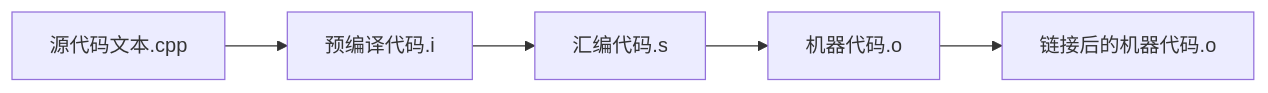
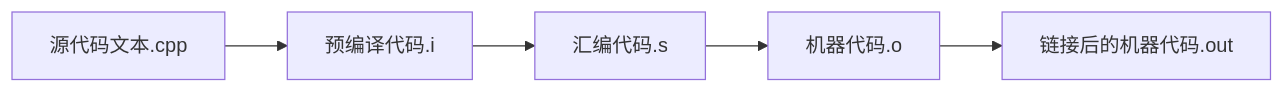
The diagram in src/content/posts/CSAPP/ProgramEncoding.md (chrisnake11/chrisnake11.github.io), drawn with Mermaid before and after one commit. The commit also changed other lines of this file, not shown here.

````diff
--- a/src/content/posts/CSAPP/ProgramEncoding.md
+++ b/src/content/posts/CSAPP/ProgramEncoding.md
@@ -13,4 +13,4 @@
 ```mermaid
 flowchart LR
-    源代码文本.cpp --> 预编译代码.i --> 汇编代码.s --> 机器代码.o --> 链接后的机器代码.o
+    源代码文本.cpp --> 预编译代码.i --> 汇编代码.s --> 机器代码.o --> 链接后的机器代码.out
 ```
````
